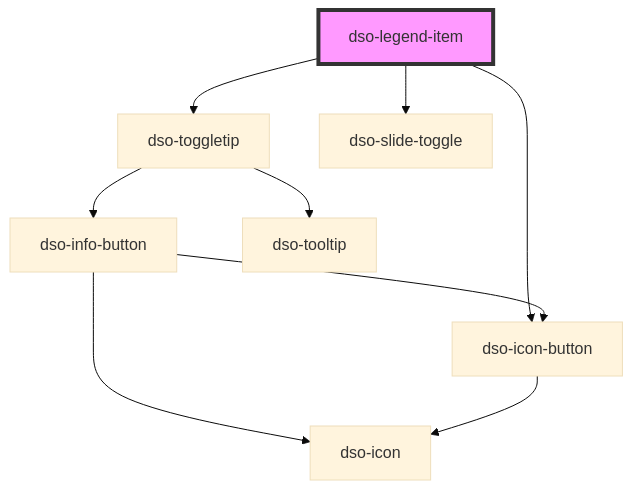
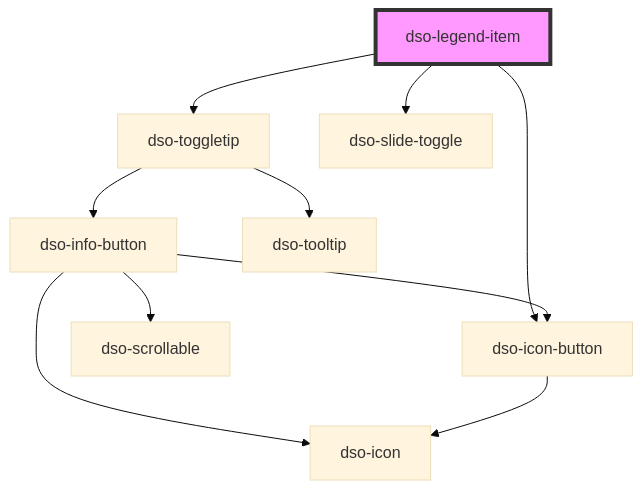
One commit to dso-toolkit/dso-toolkit changed the diagram in packages/core/src/components/legend-item/readme.md. Above: the diagram before and after it, drawn with Mermaid (base theme). The commit also changed 43 other files, not shown here.

Commit message:
#3395 [Added] Info Button: Toggletip functionaliteit

````diff
--- a/packages/core/src/components/legend-item/readme.md
+++ b/packages/core/src/components/legend-item/readme.md
@@ -44,12 +44,13 @@
 ```mermaid
 graph TD;
   dso-legend-item --> dso-toggletip
   dso-legend-item --> dso-icon-button
   dso-legend-item --> dso-slide-toggle
   dso-toggletip --> dso-info-button
   dso-toggletip --> dso-tooltip
   dso-info-button --> dso-icon-button
   dso-info-button --> dso-icon
+  dso-info-button --> dso-scrollable
   dso-icon-button --> dso-icon
   style dso-legend-item fill:#f9f,stroke:#333,stroke-width:4px
 ```
````
